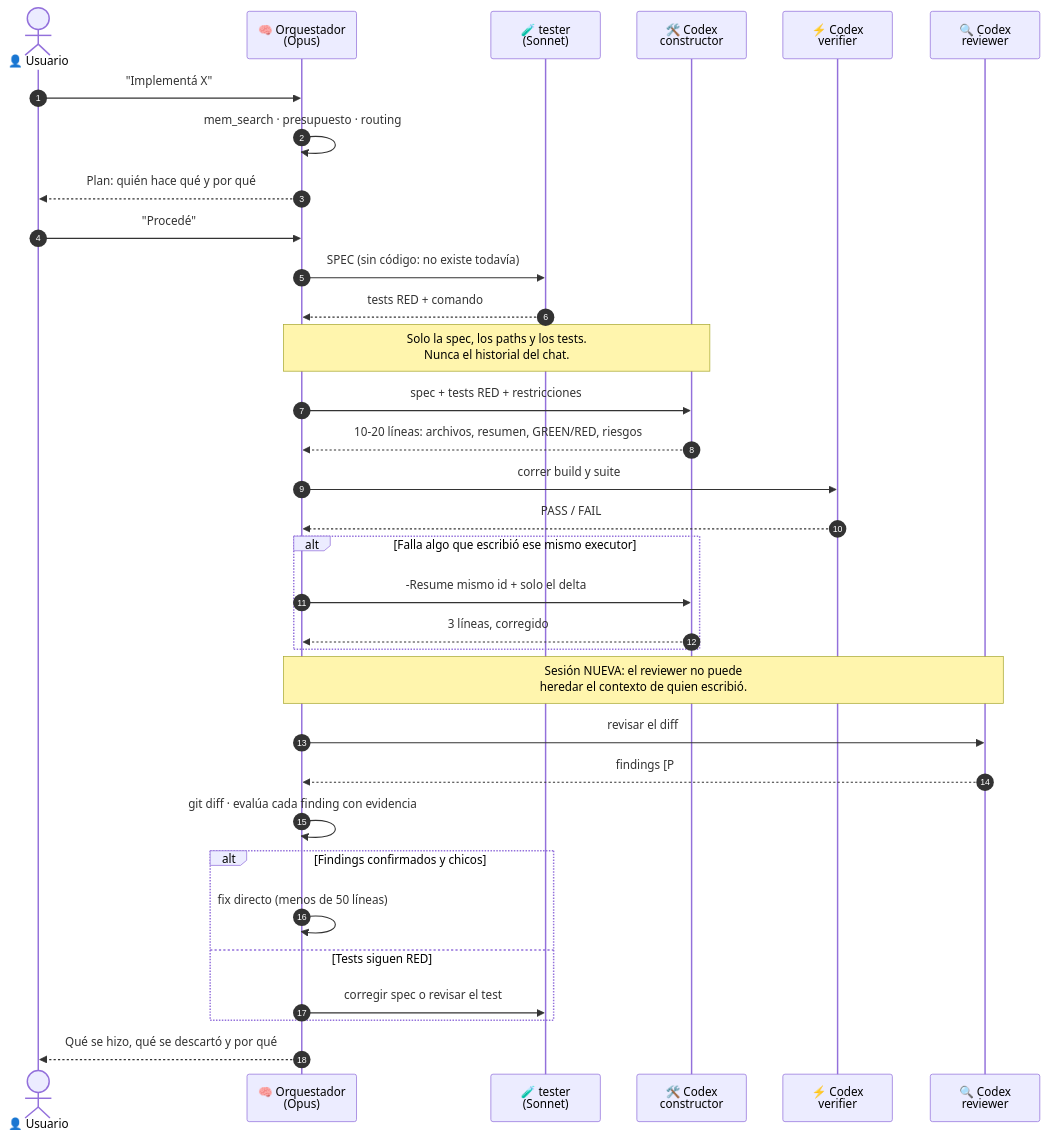
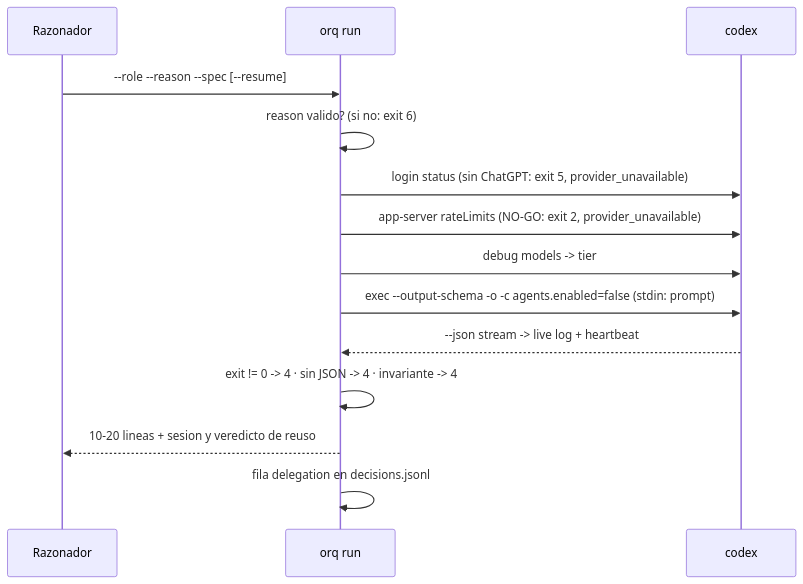
One commit to Javier12301/ClaudeGPT changed the second of 2 diagrams in docs/SYSTEM.md. Above: the diagram before and after it, drawn with Mermaid. The commit also changed other lines of this file and 109 other files, not shown here.

````diff
--- a/docs/SYSTEM.md
+++ b/docs/SYSTEM.md
@@ -748,44 +414,16 @@
 ```mermaid
 sequenceDiagram
-    autonumber
-    actor U as 👤 Usuario
-    participant O as 🧠 Orquestador<br/>(Opus)
-    participant T as 🧪 tester<br/>(Sonnet)
-    participant X as 🛠️ Codex<br/>constructor
-    participant V as ⚡ Codex<br/>verifier
-    participant R as 🔍 Codex<br/>reviewer
-
-    U->>O: "Implementá X"
-    O->>O: mem_search · presupuesto · routing
-    O-->>U: Plan: quién hace qué y por qué
-    U->>O: "Procedé"
-
-    O->>T: SPEC (sin código: no existe todavía)
-    T-->>O: tests RED + comando
-
-    Note over O,X: Solo la spec, los paths y los tests.<br/>Nunca el historial del chat.
-    O->>X: spec + tests RED + restricciones
-    X-->>O: 10-20 líneas: archivos, resumen, GREEN/RED, riesgos
-
-    O->>V: correr build y suite
-    V-->>O: PASS / FAIL
-
-    alt Falla algo que escribió ese mismo executor
-        O->>X: -Resume mismo id + solo el delta
-        X-->>O: 3 líneas, corregido
-    end
-
-    Note over O,R: Sesión NUEVA: el reviewer no puede<br/>heredar el contexto de quien escribió.
-    O->>R: revisar el diff
-    R-->>O: findings [P#] archivo:línea
-
-    O->>O: git diff · evalúa cada finding con evidencia
-
-    alt Findings confirmados y chicos
-        O->>O: fix directo (menos de 50 líneas)
-    else Tests siguen RED
-        O->>T: corregir spec o revisar el test
-    end
-
-    O-->>U: Qué se hizo, qué se descartó y por qué
+    participant R as Razonador
+    participant O as orq run
+    participant C as codex
+    R->>O: --role --reason --spec [--resume]
+    O->>O: reason valido? (si no: exit 6)
+    O->>C: login status (sin ChatGPT: exit 5, provider_unavailable)
+    O->>C: app-server rateLimits (NO-GO: exit 2, provider_unavailable)
+    O->>C: debug models -> tier
+    O->>C: exec --output-schema -o -c agents.enabled=false (stdin: prompt)
+    C-->>O: --json stream -> live log + heartbeat
+    O->>O: exit != 0 -> 4 · sin JSON -> 4 · invariante -> 4
+    O-->>R: 10-20 lineas + sesion y veredicto de reuso
+    O->>O: fila delegation en decisions.jsonl
 ```
````
